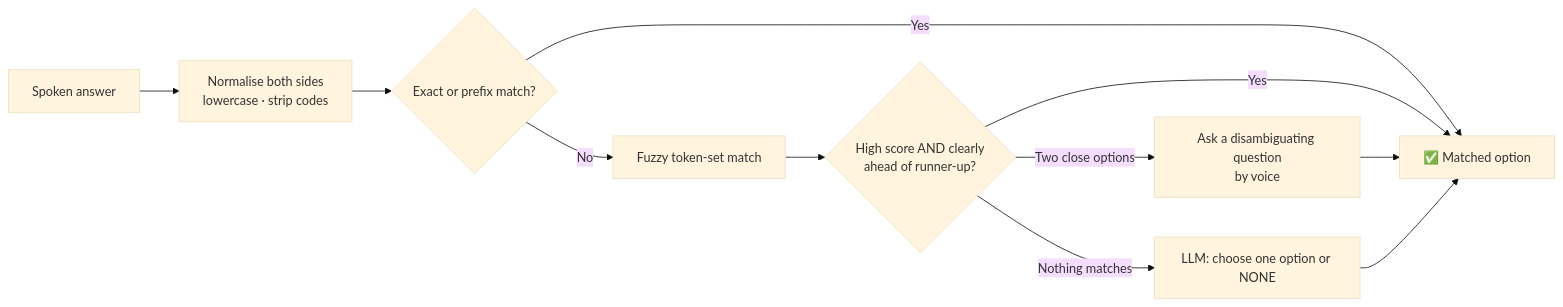
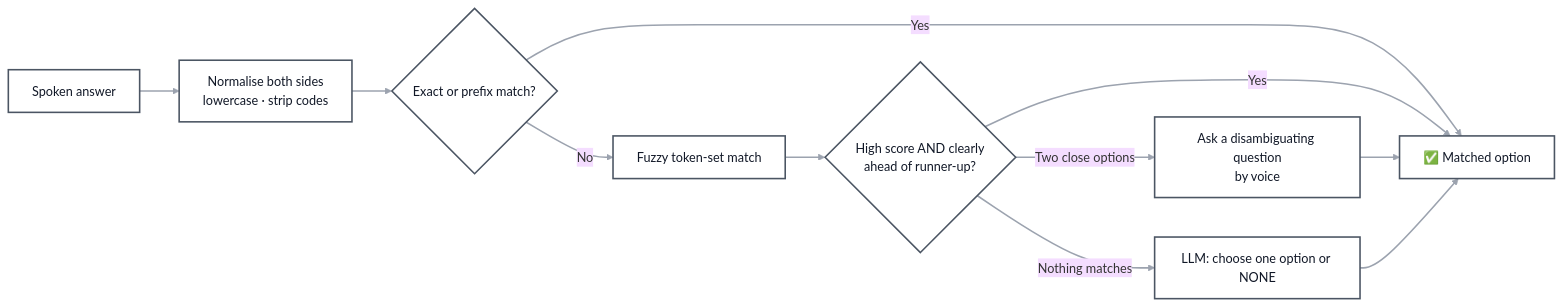
Before and after one commit to vrajardeshana19-bit/FormSathi: the seventh of 8 diagrams in README.md, drawn with Mermaid (base theme). The commit also changed other lines of this file, not shown here.

````diff
--- a/README.md
+++ b/README.md
@@ -391,13 +429,22 @@
 ```mermaid
 flowchart LR
     A["Spoken answer"] --> B["Normalise both sides<br/>lowercase · strip codes"]
     B --> C{Exact or prefix match?}
     C -->|Yes| Z["✅ Matched option"]
     C -->|No| D["Fuzzy token-set match"]
     D --> E{"High score AND clearly<br/>ahead of runner-up?"}
     E -->|Yes| Z
     E -->|Two close options| F["Ask a disambiguating question<br/>by voice"]
     E -->|Nothing matches| G["LLM: choose one option or NONE"]
     F --> Z
     G --> Z
+    style A fill:#ffffff,stroke:#4b5563,color:#111827,stroke-width:2px
+    style B fill:#ffffff,stroke:#4b5563,color:#111827,stroke-width:2px
+    style C fill:#ffffff,stroke:#4b5563,color:#111827,stroke-width:2px
+    style D fill:#ffffff,stroke:#4b5563,color:#111827,stroke-width:2px
+    style E fill:#ffffff,stroke:#4b5563,color:#111827,stroke-width:2px
+    style F fill:#ffffff,stroke:#4b5563,color:#111827,stroke-width:2px
+    style G fill:#ffffff,stroke:#4b5563,color:#111827,stroke-width:2px
+    style Z fill:#ffffff,stroke:#4b5563,color:#111827,stroke-width:2px
+    linkStyle default stroke:#9ca3af,stroke-width:2px
 ```
````
